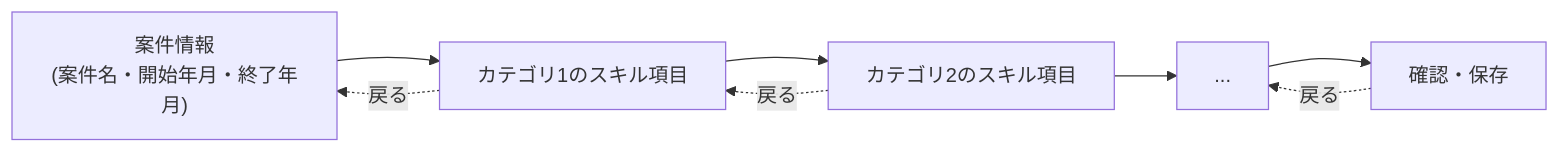
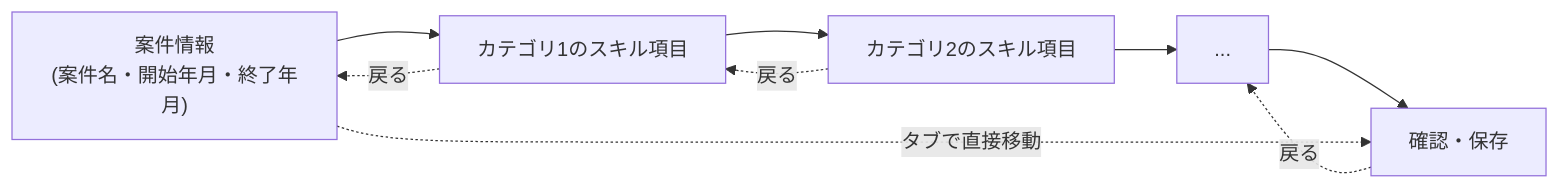
Before and after one commit to Seiya-Nakagawa/Portfolio: the fifth of 5 diagrams in docs/02.design/DESIGN.md, drawn with Mermaid. The commit also changed other lines of this file and 17 other files, not shown here.

````diff
--- a/docs/02.design/DESIGN.md
+++ b/docs/02.design/DESIGN.md
@@ -250,10 +260,11 @@
 ```mermaid
 flowchart LR
     Info["案件情報\n(案件名・開始年月・終了年月)"] --> Cat1["カテゴリ1のスキル項目"]
     Cat1 --> Cat2["カテゴリ2のスキル項目"]
     Cat2 --> CatN["..."]
     CatN --> Confirm["確認・保存"]
     Cat1 -.戻る.-> Info
     Cat2 -.戻る.-> Cat1
     Confirm -.戻る.-> CatN
+    Info -.タブで直接移動.-> Confirm
 ```
````
